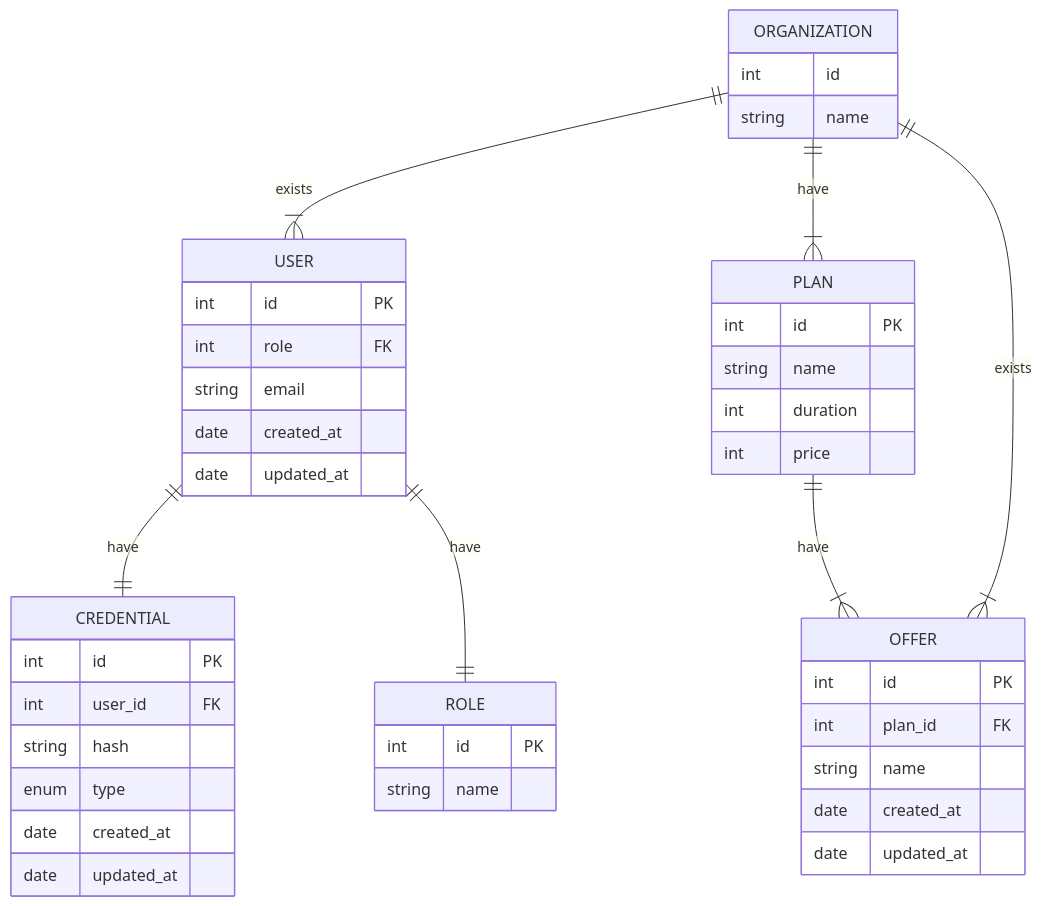
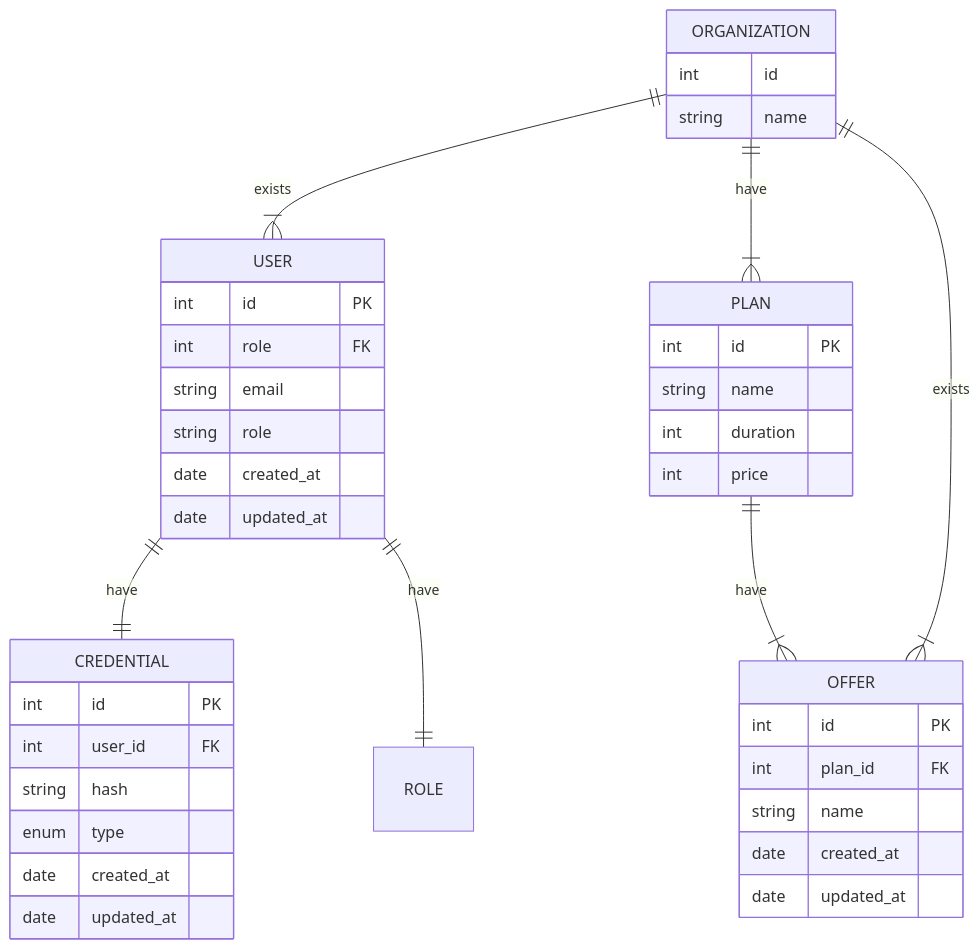
One commit to w3villa-sahil-verma/mini-project changed the diagram in doc/diagrams/ER.mmd. Above: the diagram before and after it, drawn with Mermaid. The commit also changed 11 other files, not shown here.

```diff
--- a/doc/diagrams/ER.mmd
+++ b/doc/diagrams/ER.mmd
@@ -1,91 +1,85 @@
 erDiagram
 
 %% Entities
 
 USER{
     int id PK
 
     int role FK
     string email
+    string role
 
     date created_at
     date updated_at
 }
 
 CREDENTIAL{
     int id PK
 
     int user_id FK
 
     string hash
     enum type
 
     date created_at
     date updated_at
 }
 
 %% Example - Weight Room, Steam Bathroom, Basic Bathroom
 OFFER{
     int id PK
     int plan_id FK
 
     string name
 
     date created_at
     date updated_at
 }
 
 %% Example : GOLD, SILVER, BASIC
 PLAN{
     int id PK
 
     string name
     int duration
     int price
-}
-
-%% Example : SUPER_ADMIN, MEMBER, ADMIN
-ROLE{
-    int id PK
-
-    string name
 }
 
 %% This is a single entity for which Application create
 %% ORG + SUPER_ADMIN : create simultaniously
 %% SUPER_ADMIN + ADMIN : have power to send links to register MEMBERS + other ADMINS
 ORGANIZATION{
     int id
 
     string name
 
 }
 
 
 
 
 
 
 
 
 
 
 
 
 
 
 
 
 
 
 
 
 
 %% Relationship
 
 USER ||--|| CREDENTIAL : have
 USER ||--|| ROLE : have
 PLAN ||--|{ OFFER : have
 ORGANIZATION ||--|{ USER : exists
 ORGANIZATION ||--|{ PLAN : have
 ORGANIZATION ||--|{ OFFER : exists
```
